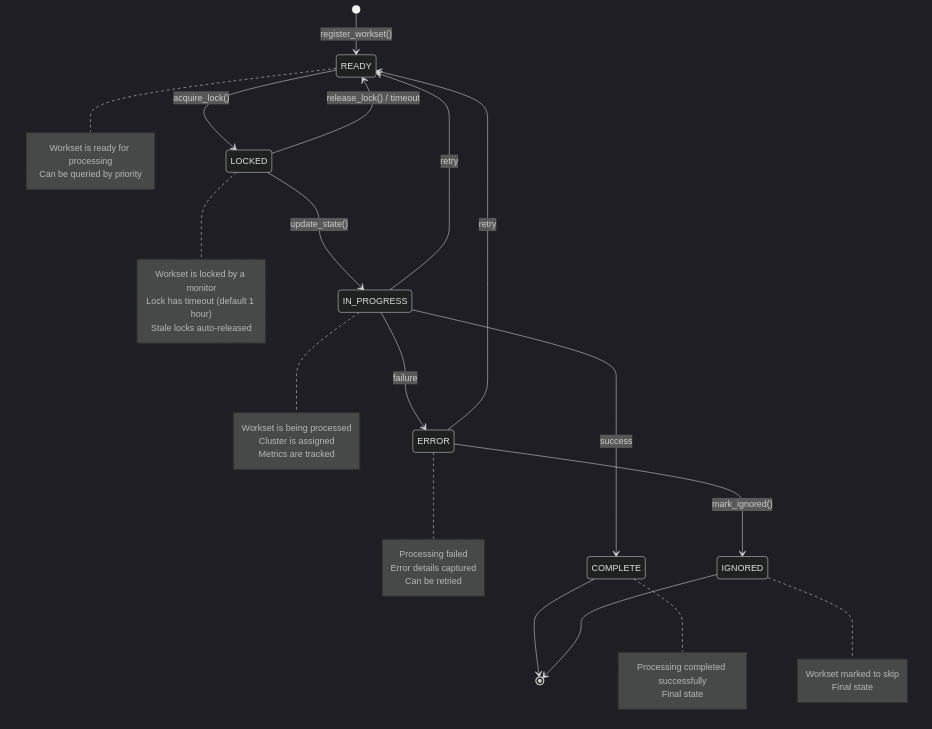
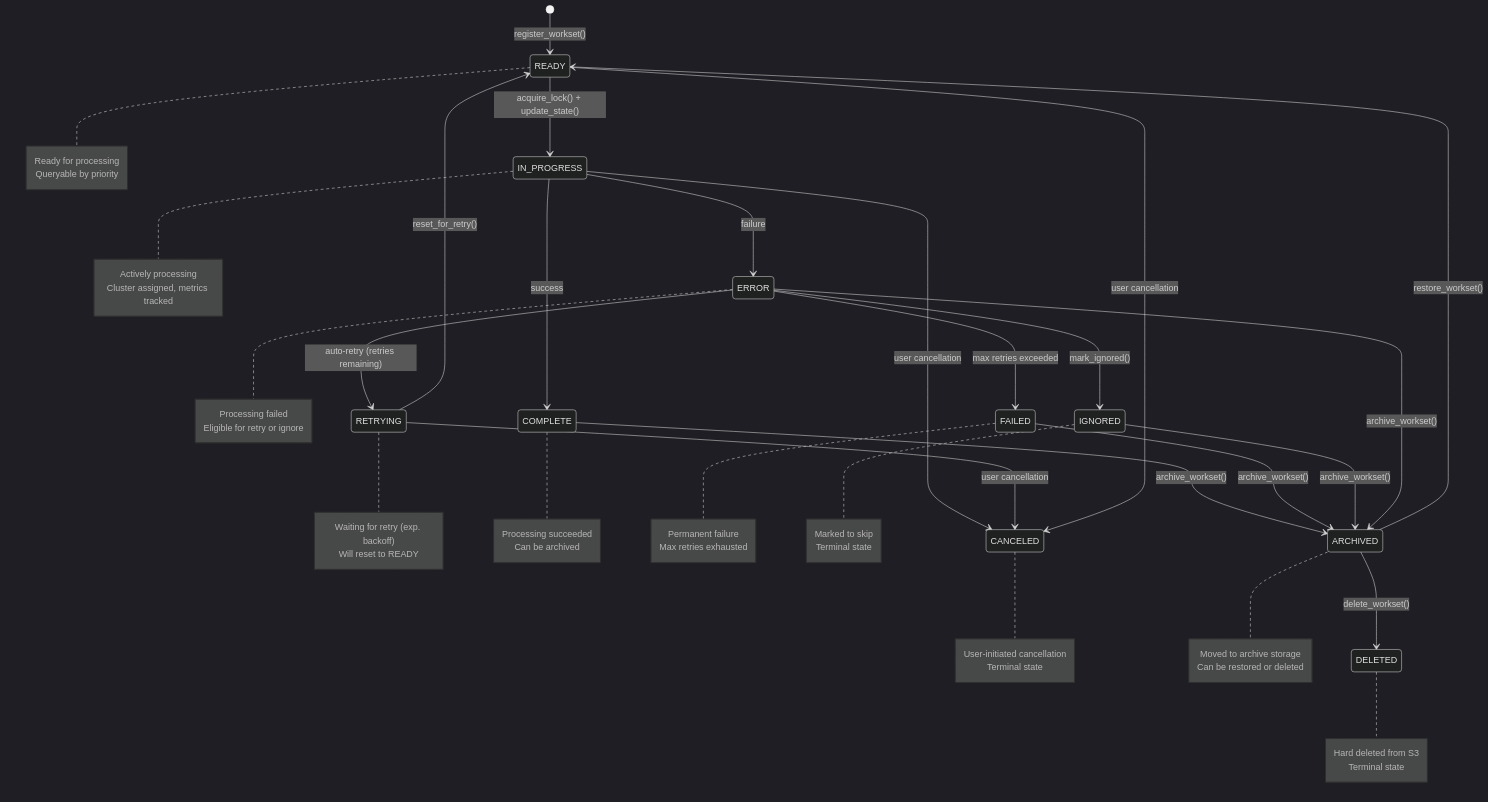
One commit to Daylily-Informatics/daylily-ursa changed the first of 3 diagrams in docs/WORKSET_STATE_DIAGRAM.md. Above: the diagram before and after it, drawn with Mermaid (dark theme). The commit also changed other lines of this file, not shown here.

First line of the commit message:
docs: update workset state diagram to match trimmed 10-state enum

````diff
--- a/docs/WORKSET_STATE_DIAGRAM.md
+++ b/docs/WORKSET_STATE_DIAGRAM.md
@@ -7,51 +7,77 @@
 ```mermaid
 stateDiagram-v2
     [*] --> READY: register_workset()
-    
-    READY --> LOCKED: acquire_lock()
-    LOCKED --> READY: release_lock() / timeout
-    LOCKED --> IN_PROGRESS: update_state()
-    
+
+    READY --> IN_PROGRESS: acquire_lock() + update_state()
+
     IN_PROGRESS --> COMPLETE: success
     IN_PROGRESS --> ERROR: failure
-    IN_PROGRESS --> READY: retry
-    
-    ERROR --> READY: retry
+    IN_PROGRESS --> CANCELED: user cancellation
+
+    ERROR --> RETRYING: auto‑retry (retries remaining)
+    ERROR --> FAILED: max retries exceeded
     ERROR --> IGNORED: mark_ignored()
-    
-    COMPLETE --> [*]
-    IGNORED --> [*]
-    
+
+    RETRYING --> READY: reset_for_retry()
+    RETRYING --> CANCELED: user cancellation
+
+    READY --> CANCELED: user cancellation
+
+    COMPLETE --> ARCHIVED: archive_workset()
+    FAILED --> ARCHIVED: archive_workset()
+    IGNORED --> ARCHIVED: archive_workset()
+    ERROR --> ARCHIVED: archive_workset()
+
+    ARCHIVED --> READY: restore_workset()
+    ARCHIVED --> DELETED: delete_workset()
+
     note right of READY
-        Workset is ready for processing
-        Can be queried by priority
+        Ready for processing
+        Queryable by priority
     end note
-    
-    note right of LOCKED
-        Workset is locked by a monitor
-        Lock has timeout (default 1 hour)
-        Stale locks auto-released
+
+    note right of IN_PROGRESS
+        Actively processing
+        Cluster assigned, metrics tracked
     end note
-    
-    note right of IN_PROGRESS
-        Workset is being processed
-        Cluster is assigned
-        Metrics are tracked
-    end note
-    
-    note right of COMPLETE
-        Processing completed successfully
-        Final state
-    end note
-    
+
     note right of ERROR
         Processing failed
-        Error details captured
-        Can be retried
+        Eligible for retry or ignore
     end note
-    
+
+    note right of RETRYING
+        Waiting for retry (exp. backoff)
+        Will reset to READY
+    end note
+
+    note right of COMPLETE
+        Processing succeeded
+        Can be archived
+    end note
+
+    note right of FAILED
+        Permanent failure
+        Max retries exhausted
+    end note
+
+    note right of CANCELED
+        User‑initiated cancellation
+        Terminal state
+    end note
+
     note right of IGNORED
-        Workset marked to skip
-        Final state
+        Marked to skip
+        Terminal state
+    end note
+
+    note right of ARCHIVED
+        Moved to archive storage
+        Can be restored or deleted
+    end note
+
+    note right of DELETED
+        Hard deleted from S3
+        Terminal state
     end note
 ```
````
